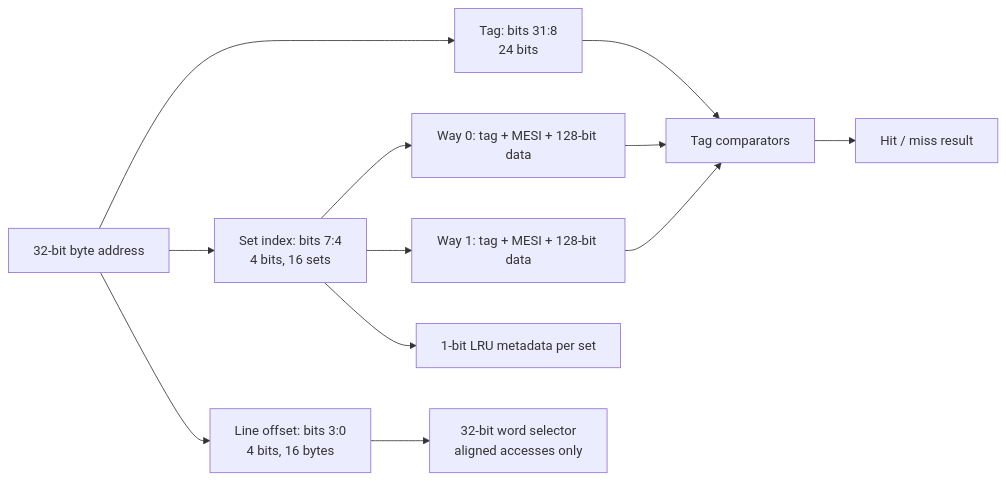
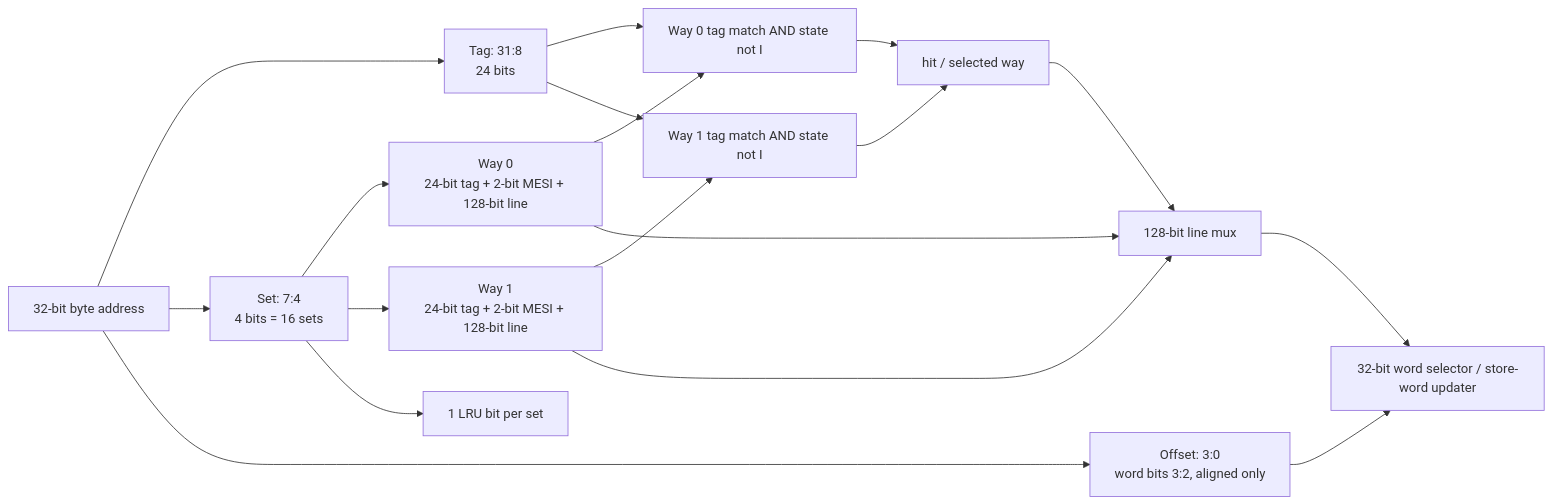
One commit to ml13c/Coherent-Cache---Memory-Subsytem changed the diagram in diagrams/06_cache_line_layout.mmd. Above: the diagram before and after it, drawn with Mermaid. The commit also changed 23 other files, not shown here.

```diff
--- a/diagrams/06_cache_line_layout.mmd
+++ b/diagrams/06_cache_line_layout.mmd
@@ -1,16 +1,18 @@
 flowchart LR
-    ADDR[32-bit byte address] --> TAG[Tag: bits 31:8
-24 bits]
-    ADDR --> IDX[Set index: bits 7:4
-4 bits, 16 sets]
-    ADDR --> OFF[Line offset: bits 3:0
-4 bits, 16 bytes]
-    IDX --> W0[Way 0: tag + MESI + 128-bit data]
-    IDX --> W1[Way 1: tag + MESI + 128-bit data]
-    IDX --> LRU[1-bit LRU metadata per set]
-    TAG --> CMP[Tag comparators]
-    W0 --> CMP
-    W1 --> CMP
-    CMP --> HIT[Hit / miss result]
-    OFF --> SELECT[32-bit word selector
-aligned accesses only]
+    ADDR[32-bit byte address] --> TAG[Tag: 31:8<br/>24 bits]
+    ADDR --> IDX[Set: 7:4<br/>4 bits = 16 sets]
+    ADDR --> OFF[Offset: 3:0<br/>word bits 3:2, aligned only]
+    IDX --> W0[Way 0<br/>24-bit tag + 2-bit MESI + 128-bit line]
+    IDX --> W1[Way 1<br/>24-bit tag + 2-bit MESI + 128-bit line]
+    IDX --> LRU[1 LRU bit per set]
+    TAG --> CMP0[Way 0 tag match AND state not I]
+    TAG --> CMP1[Way 1 tag match AND state not I]
+    W0 --> CMP0
+    W1 --> CMP1
+    CMP0 --> HIT[hit / selected way]
+    CMP1 --> HIT
+    W0 --> MUX[128-bit line mux]
+    W1 --> MUX
+    HIT --> MUX
+    MUX --> WORD[32-bit word selector / store-word updater]
+    OFF --> WORD
```
